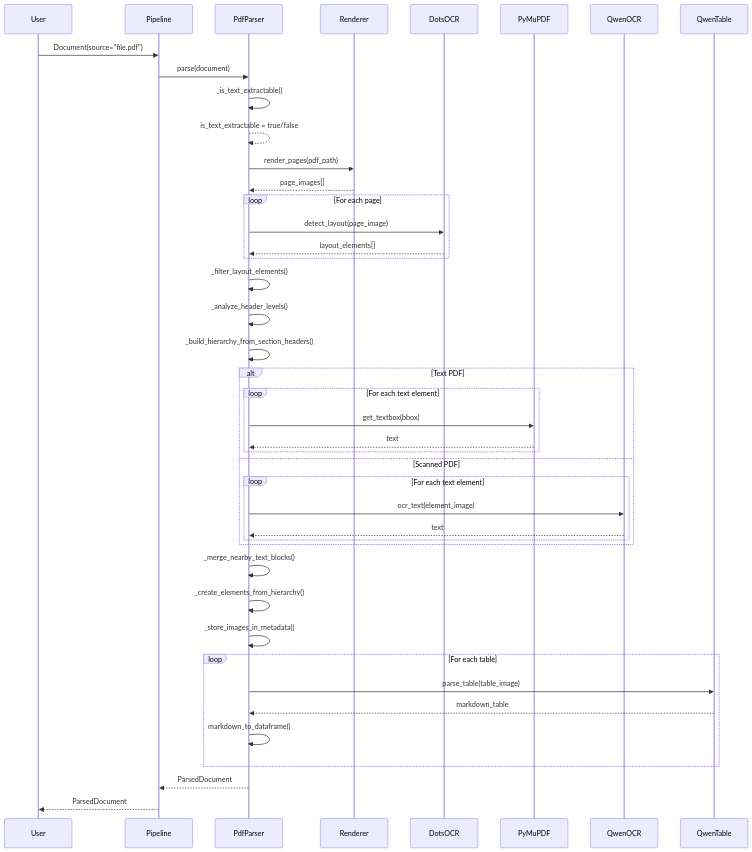
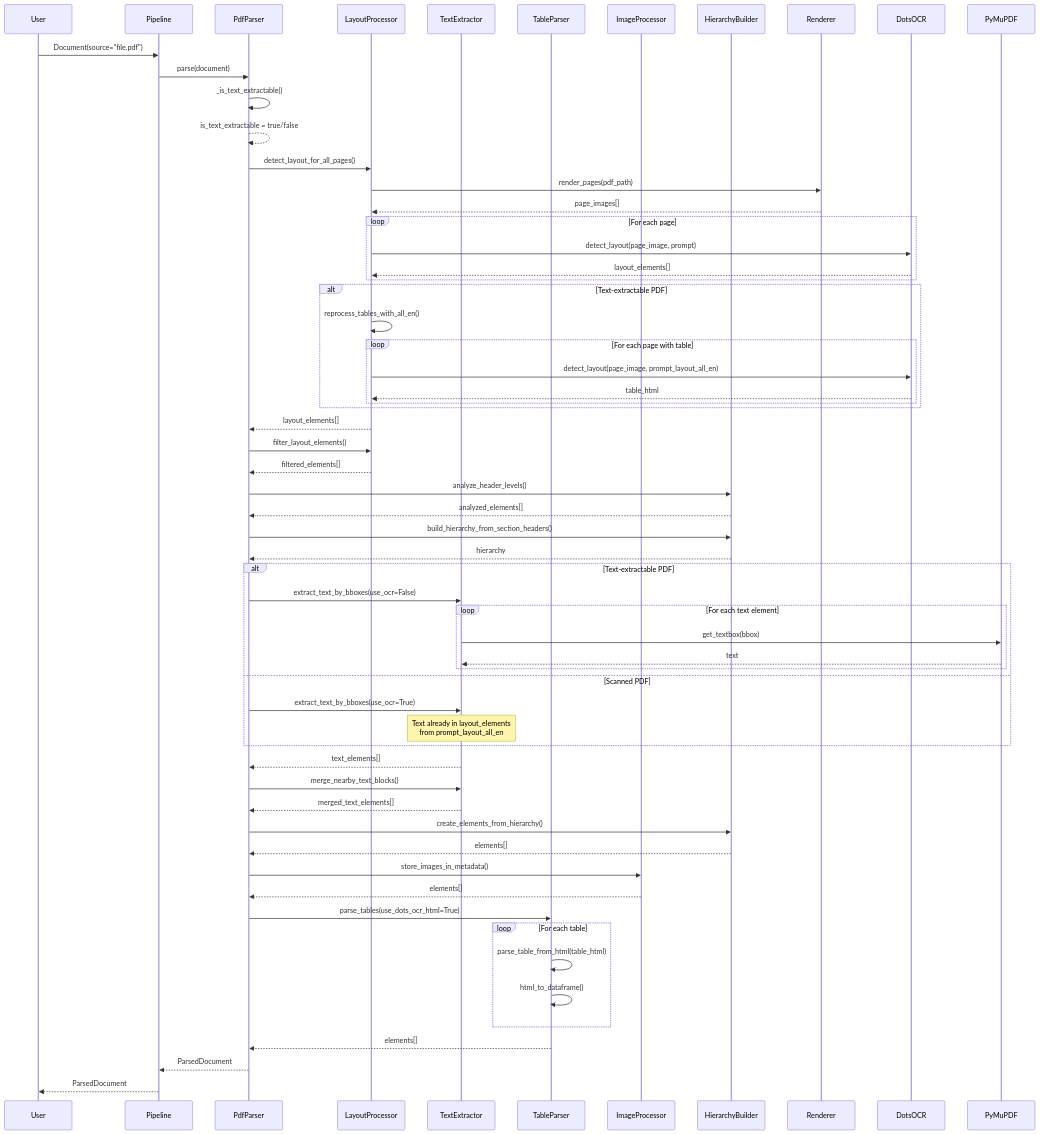
Before and after one commit to aimclub/documentor: the second of 2 diagrams in docs/PDF_PARSER.md, drawn with Mermaid. The commit also changed other lines of this file and 47 other files, not shown here.

Commit message:
Remove all Qwen references from documentor package and improve DOCX parser

````diff
--- a/docs/PDF_PARSER.md
+++ b/docs/PDF_PARSER.md
@@ -310,54 +335,80 @@
 ```mermaid
 sequenceDiagram
     participant User
     participant Pipeline
     participant PdfParser
+    participant LayoutProcessor
+    participant TextExtractor
+    participant TableParser
+    participant ImageProcessor
+    participant HierarchyBuilder
     participant Renderer
     participant DotsOCR
     participant PyMuPDF
-    participant QwenOCR
-    participant QwenTable
     
     User->>Pipeline: Document(source="file.pdf")
     Pipeline->>PdfParser: parse(document)
     
     PdfParser->>PdfParser: _is_text_extractable()
     PdfParser-->>PdfParser: is_text_extractable = true/false
     
-    PdfParser->>Renderer: render_pages(pdf_path)
-    Renderer-->>PdfParser: page_images[]
+    PdfParser->>LayoutProcessor: detect_layout_for_all_pages()
+    LayoutProcessor->>Renderer: render_pages(pdf_path)
+    Renderer-->>LayoutProcessor: page_images[]
     
     loop For each page
-        PdfParser->>DotsOCR: detect_layout(page_image)
-        DotsOCR-->>PdfParser: layout_elements[]
+        LayoutProcessor->>DotsOCR: detect_layout(page_image, prompt)
+        DotsOCR-->>LayoutProcessor: layout_elements[]
     end
     
-    PdfParser->>PdfParser: _filter_layout_elements()
-    PdfParser->>PdfParser: _analyze_header_levels()
-    PdfParser->>PdfParser: _build_hierarchy_from_section_headers()
-    
-    alt Text PDF
-        loop For each text element
-            PdfParser->>PyMuPDF: get_textbox(bbox)
-            PyMuPDF-->>PdfParser: text
-        end
-    else Scanned PDF
-        loop For each text element
-            PdfParser->>QwenOCR: ocr_text(element_image)
-            QwenOCR-->>PdfParser: text
+    alt Text-extractable PDF
+        LayoutProcessor->>LayoutProcessor: reprocess_tables_with_all_en()
+        loop For each page with table
+            LayoutProcessor->>DotsOCR: detect_layout(page_image, prompt_layout_all_en)
+            DotsOCR-->>LayoutProcessor: table_html
         end
     end
     
-    PdfParser->>PdfParser: _merge_nearby_text_blocks()
-    PdfParser->>PdfParser: _create_elements_from_hierarchy()
-    PdfParser->>PdfParser: _store_images_in_metadata()
+    LayoutProcessor-->>PdfParser: layout_elements[]
     
+    PdfParser->>LayoutProcessor: filter_layout_elements()
+    LayoutProcessor-->>PdfParser: filtered_elements[]
+    
+    PdfParser->>HierarchyBuilder: analyze_header_levels()
+    HierarchyBuilder-->>PdfParser: analyzed_elements[]
+    
+    PdfParser->>HierarchyBuilder: build_hierarchy_from_section_headers()
+    HierarchyBuilder-->>PdfParser: hierarchy
+    
+    alt Text-extractable PDF
+        PdfParser->>TextExtractor: extract_text_by_bboxes(use_ocr=False)
+        loop For each text element
+            TextExtractor->>PyMuPDF: get_textbox(bbox)
+            PyMuPDF-->>TextExtractor: text
+        end
+    else Scanned PDF
+        PdfParser->>TextExtractor: extract_text_by_bboxes(use_ocr=True)
+        Note over TextExtractor: Text already in layout_elements<br/>from prompt_layout_all_en
+    end
+    
+    TextExtractor-->>PdfParser: text_elements[]
+    
+    PdfParser->>TextExtractor: merge_nearby_text_blocks()
+    TextExtractor-->>PdfParser: merged_text_elements[]
+    
+    PdfParser->>HierarchyBuilder: create_elements_from_hierarchy()
+    HierarchyBuilder-->>PdfParser: elements[]
+    
+    PdfParser->>ImageProcessor: store_images_in_metadata()
+    ImageProcessor-->>PdfParser: elements[]
+    
+    PdfParser->>TableParser: parse_tables(use_dots_ocr_html=True)
     loop For each table
-        PdfParser->>QwenTable: parse_table(table_image)
-        QwenTable-->>PdfParser: markdown_table
-        PdfParser->>PdfParser: markdown_to_dataframe()
+        TableParser->>TableParser: parse_table_from_html(table_html)
+        TableParser->>TableParser: html_to_dataframe()
     end
+    TableParser-->>PdfParser: elements[]
     
     PdfParser-->>Pipeline: ParsedDocument
     Pipeline-->>User: ParsedDocument
 ```
````
